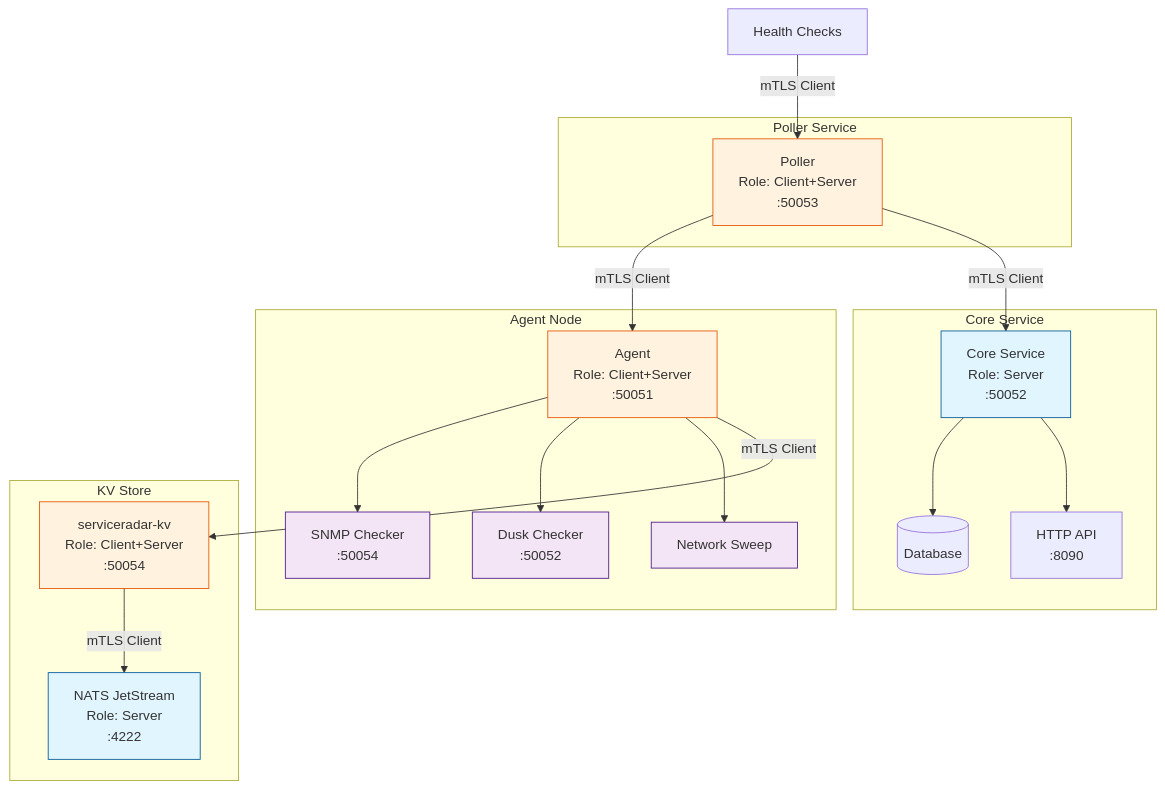
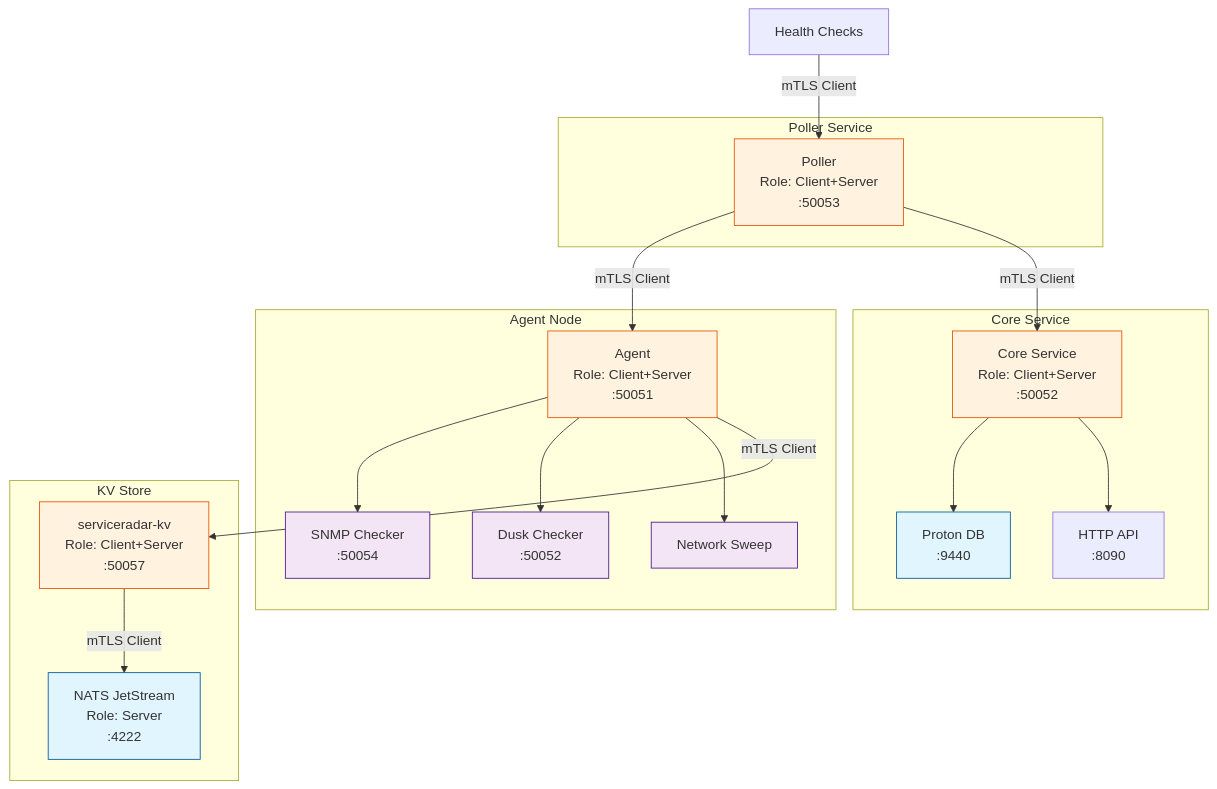
One commit to carverauto/serviceradar changed the diagram in docs/docs/tls-security.md. Above: the diagram before and after it, drawn with Mermaid. The commit also changed other lines of this file and 1 other file, not shown here.

````diff
--- a/docs/docs/tls-security.md
+++ b/docs/docs/tls-security.md
@@ -16,46 +14,46 @@
 ```mermaid
 graph TB
 subgraph "Agent Node"
     AG[Agent<br/>Role: Client+Server<br/>:50051]
     SNMPCheck[SNMP Checker<br/>:50054]
     DuskCheck[Dusk Checker<br/>:50052]
     SweepCheck[Network Sweep]
     AG --> SNMPCheck
     AG --> DuskCheck
     AG --> SweepCheck
 end
     
 subgraph "Poller Service"
     PL[Poller<br/>Role: Client+Server<br/>:50053]
 end
     
 subgraph "Core Service"
-    CL[Core Service<br/>Role: Server<br/>:50052]
-    DB[(Database)]
+    CL[Core Service<br/>Role: Client+Server<br/>:50052]
+    DB[Proton DB<br/>:9440]
     API[HTTP API<br/>:8090]
     CL --> DB
     CL --> API
 end
 
 subgraph "KV Store"
-    KV[serviceradar-kv<br/>Role: Client+Server<br/>:50054]
+    KV[serviceradar-kv<br/>Role: Client+Server<br/>:50057]
     NATS[NATS JetStream<br/>Role: Server<br/>:4222]
     KV -->|mTLS Client| NATS
     AG -->|mTLS Client| KV
 end
     
 %% Client connections from Poller
 PL -->|mTLS Client| AG
 PL -->|mTLS Client| CL
     
 %% Server connections to Poller
 HC1[Health Checks] -->|mTLS Client| PL
     
 classDef server fill:#e1f5fe,stroke:#01579b
 classDef client fill:#f3e5f5,stroke:#4a148c
 classDef dual fill:#fff3e0,stroke:#e65100
     
-class NATS,CL server
-class AG,PL,KV dual
+class NATS,DB server
+class AG,PL,CL,KV dual
 class SNMPCheck,DuskCheck,SweepCheck client
 ```
````
